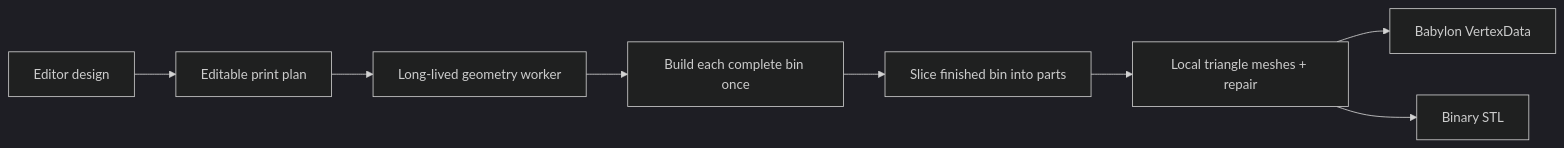
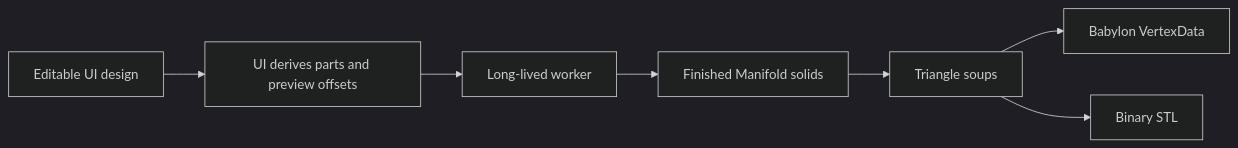
One commit to ashton22305/gridfinity-expanded changed the diagram in docs/geometry-pipeline.md. Above: the diagram before and after it, drawn with Mermaid (dark theme). The commit also changed other lines of this file and 24 other files, not shown here.

First line of the commit message:
Reduce geometry to trusted solid builder

````diff
--- a/docs/geometry-pipeline.md
+++ b/docs/geometry-pipeline.md
@@ -7,10 +7,9 @@
 ```mermaid
 flowchart LR
-  Editor["Editor design"] --> Plan["Editable print plan"]
-  Plan --> Worker["Long-lived geometry worker"]
-  Worker --> Build["Build each complete bin once"]
-  Build --> Slice["Slice finished bin into parts"]
-  Slice --> Mesh["Local triangle meshes + repair"]
-  Mesh --> Preview["Babylon VertexData"]
-  Mesh --> STL["Binary STL"]
+  Design["Editable UI design"] --> Plan["UI derives parts and preview offsets"]
+  Plan --> Worker["Long-lived worker"]
+  Worker --> Solid["Finished Manifold solids"]
+  Solid --> Soup["Triangle soups"]
+  Soup --> Preview["Babylon VertexData"]
+  Soup --> STL["Binary STL"]
 ```
````
